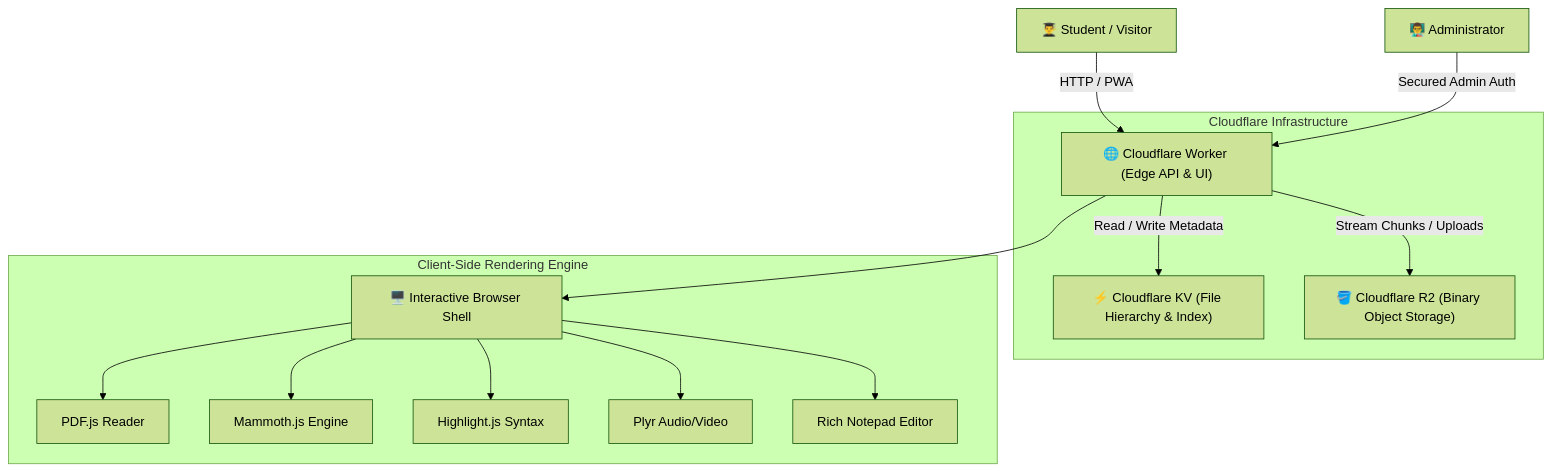
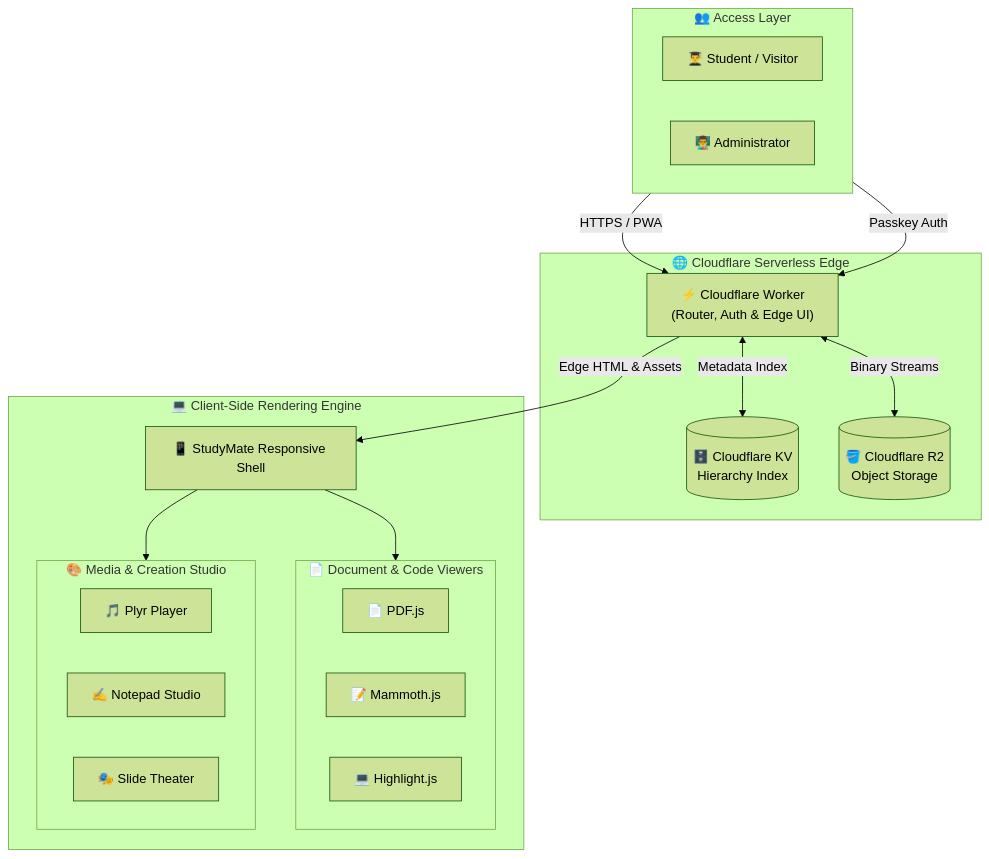
One commit to Boobesh-ir-23/Study-mate changed the diagram in README.md. Above: the diagram before and after it, drawn with Mermaid (forest theme). The commit also changed other lines of this file, not shown here.

Commit message:
docs: center README header title and badges, optimize architecture diagram layout

````diff
--- a/README.md
+++ b/README.md
@@ -35,19 +42,41 @@
 ```mermaid
-graph TD
-    User["👨‍🎓 Student / Visitor"] -->|HTTP / PWA| Edge["🌐 Cloudflare Worker (Edge API & UI)"]
-    Admin["👨‍🏫 Administrator"] -->|Secured Admin Auth| Edge
-    
-    subgraph Cloudflare Infrastructure
-        Edge -->|Read / Write Metadata| KV["⚡ Cloudflare KV (File Hierarchy & Index)"]
-        Edge -->|Stream Chunks / Uploads| R2["🪣 Cloudflare R2 (Binary Object Storage)"]
+flowchart TD
+    subgraph Users ["👥 Access Layer"]
+        direction LR
+        Student["👨‍🎓 Student / Visitor"]
+        Admin["👨‍🏫 Administrator"]
     end
-    
-    subgraph Client-Side Rendering Engine
-        Edge --> Viewer["🖥️ Interactive Browser Shell"]
-        Viewer --> PDFEngine["PDF.js Reader"]
-        Viewer --> DocxEngine["Mammoth.js Engine"]
-        Viewer --> CodeEngine["Highlight.js Syntax"]
-        Viewer --> MediaEngine["Plyr Audio/Video"]
-        Viewer --> NotePadEngine["Rich Notepad Editor"]
+
+    subgraph Edge ["🌐 Cloudflare Serverless Edge"]
+        Worker["⚡ Cloudflare Worker<br/>(Router, Auth & Edge UI)"]
+        KV[("🗄️ Cloudflare KV<br/>Hierarchy Index")]
+        R2[("🪣 Cloudflare R2<br/>Object Storage")]
+        Worker <-->|Metadata Index| KV
+        Worker <-->|Binary Streams| R2
     end
+
+    subgraph Client ["💻 Client-Side Rendering Engine"]
+        App["📱 StudyMate Responsive Shell"]
+        
+        subgraph Viewers ["📄 Document & Code Viewers"]
+            direction LR
+            PDF["📄 PDF.js"]
+            DOC["📝 Mammoth.js"]
+            CODE["💻 Highlight.js"]
+        end
+        
+        subgraph Studio ["🎨 Media & Creation Studio"]
+            direction LR
+            PLYR["🎵 Plyr Player"]
+            NOTE["✍️ Notepad Studio"]
+            SLIDE["🎭 Slide Theater"]
+        end
+
+        App --> Viewers
+        App --> Studio
+    end
+
+    Student -->|HTTPS / PWA| Worker
+    Admin -->|Passkey Auth| Worker
+    Worker -->|Edge HTML & Assets| App
 ```
````
